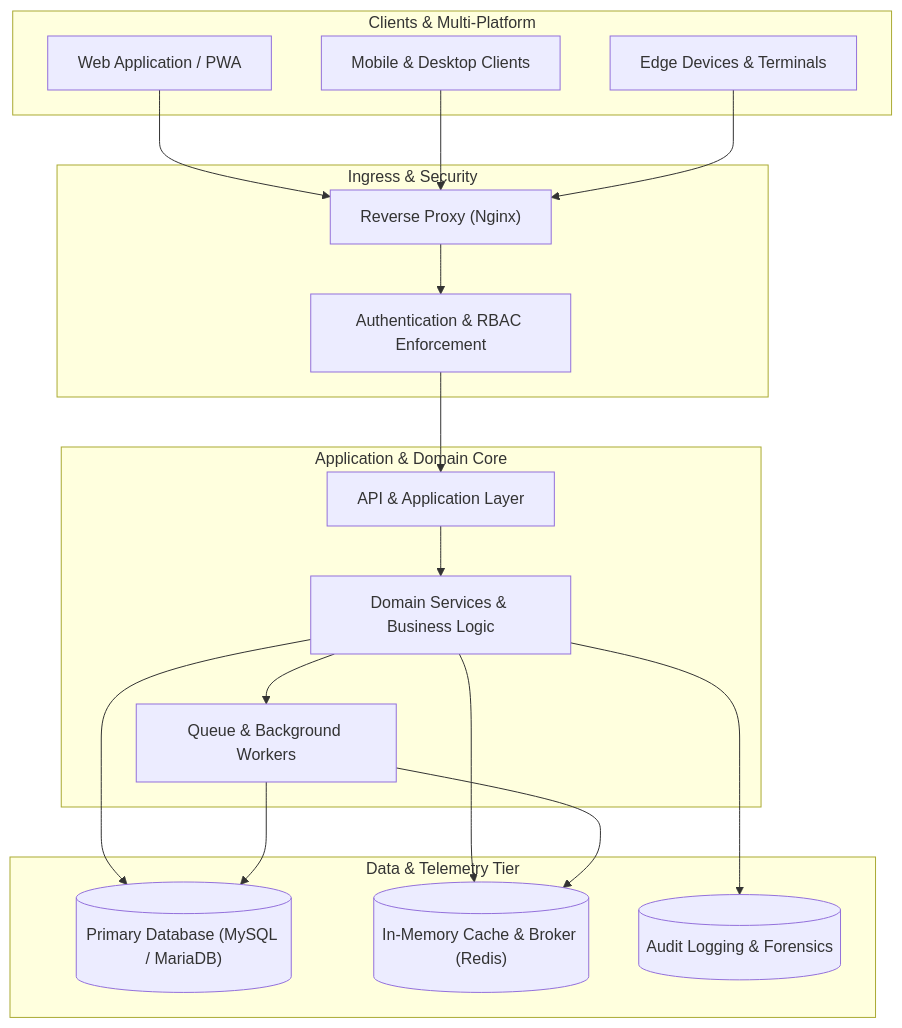
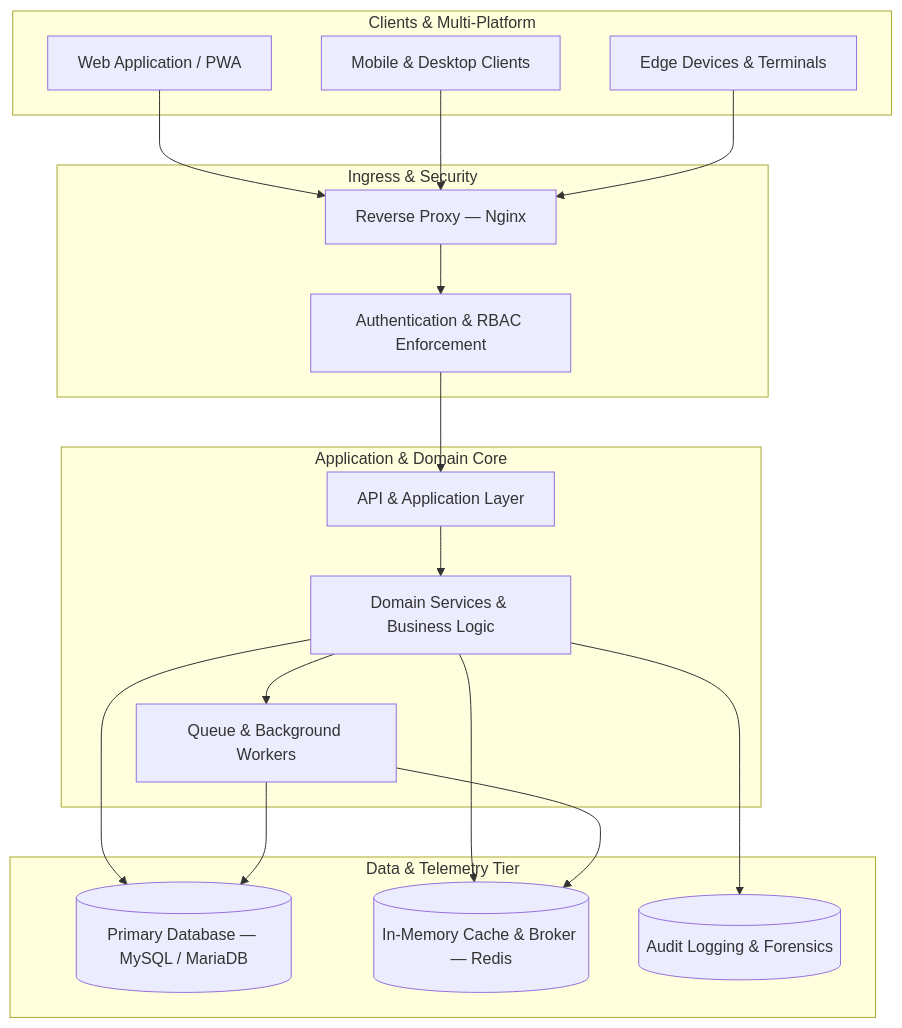
Before and after one commit to VEXONCODE404/VEXONCODE404: the diagram in README.md, drawn with Mermaid. The commit also changed other lines of this file, not shown here.

````diff
--- a/README.md
+++ b/README.md
@@ -149,40 +201,38 @@
 ```mermaid
 flowchart TD
     subgraph Clients [" Clients & Multi-Platform "]
         Web["Web Application / PWA"]
         Mobile["Mobile & Desktop Clients"]
         EdgeNodes["Edge Devices & Terminals"]
     end
 
     subgraph Ingress [" Ingress & Security "]
-        Proxy["Reverse Proxy (Nginx)"]
+        Proxy["Reverse Proxy — Nginx"]
         AuthGate["Authentication & RBAC Enforcement"]
     end
 
     subgraph CoreEngine [" Application & Domain Core "]
         APIGateway["API & Application Layer"]
         DomainServices["Domain Services & Business Logic"]
         AsyncWorkers["Queue & Background Workers"]
     end
 
     subgraph DataTier [" Data & Telemetry Tier "]
-        RDBMS[("Primary Database (MySQL / MariaDB)")]
-        CacheTier[("In-Memory Cache & Broker (Redis)")]
+        RDBMS[("Primary Database — MySQL / MariaDB")]
+        CacheTier[("In-Memory Cache & Broker — Redis")]
         AuditStore[("Audit Logging & Forensics")]
     end
 
     Web --> Proxy
     Mobile --> Proxy
     EdgeNodes --> Proxy
-
     Proxy --> AuthGate
     AuthGate --> APIGateway
     APIGateway --> DomainServices
     DomainServices --> AsyncWorkers
-
     DomainServices --> RDBMS
     DomainServices --> CacheTier
     DomainServices --> AuditStore
     AsyncWorkers --> RDBMS
     AsyncWorkers --> CacheTier
 ```
````
